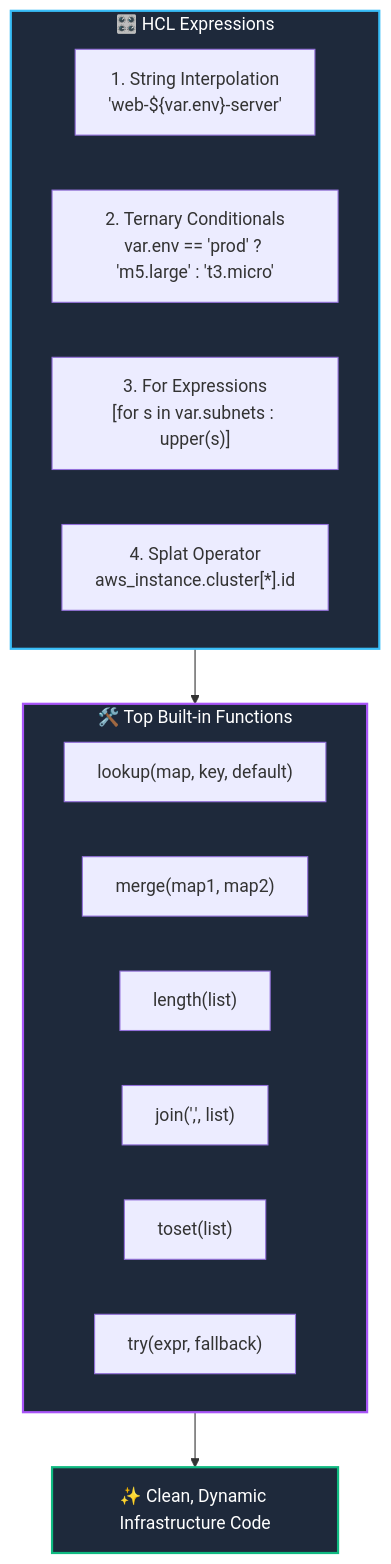
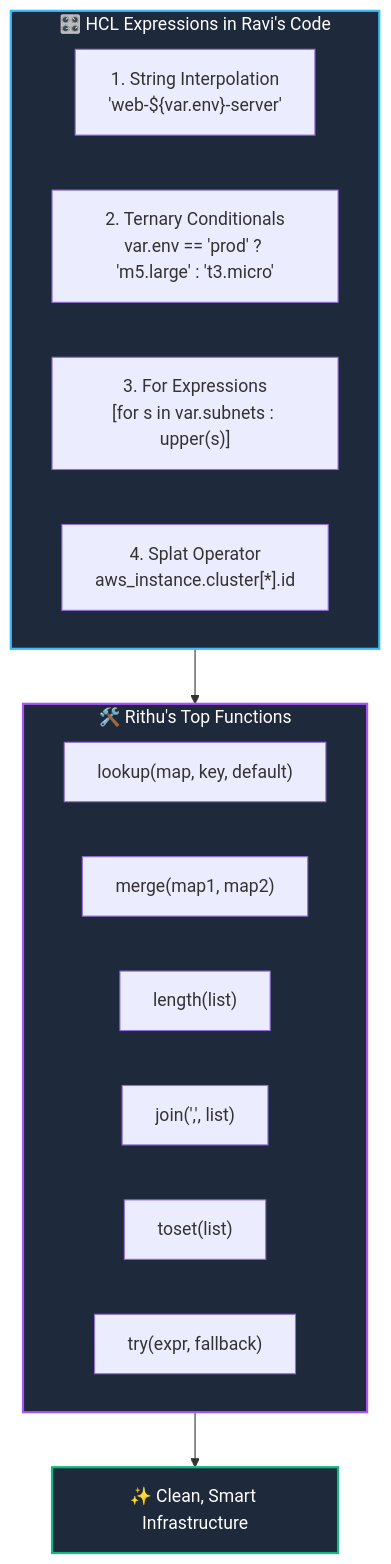
The diagram in 10-expressions-and-functions/README.md (agravi987/Learning-Terraform-For-DevOps), drawn with Mermaid before and after one commit. The commit also changed other lines of this file and 18 other files, not shown here.

Commit message:
docs: enrich curriculum with Mentor Rithu and Student Ravi interactive learning experience

````diff
--- a/10-expressions-and-functions/README.md
+++ b/10-expressions-and-functions/README.md
@@ -23,25 +27,25 @@
 ```mermaid
 flowchart TD
-    subgraph Expressions ["🎛️ HCL Expressions"]
+    subgraph Expressions ["🎛️ HCL Expressions in Ravi's Code"]
         INTERP["1. String Interpolation\n'web-${var.env}-server'"]
         TERNARY["2. Ternary Conditionals\nvar.env == 'prod' ? 'm5.large' : 't3.micro'"]
         FOR_EXPR["3. For Expressions\n[for s in var.subnets : upper(s)]"]
         SPLAT["4. Splat Operator\naws_instance.cluster[*].id"]
     end
 
-    subgraph Functions ["🛠️ Top Built-in Functions"]
+    subgraph Functions ["🛠️ Rithu's Top Functions"]
         F1["lookup(map, key, default)"]
         F2["merge(map1, map2)"]
         F3["length(list)"]
         F4["join(',', list)"]
         F5["toset(list)"]
         F6["try(expr, fallback)"]
     end
 
     Expressions --> Functions
-    Functions --> OUTPUT["✨ Clean, Dynamic Infrastructure Code"]
+    Functions --> OUTPUT["✨ Clean, Smart Infrastructure"]
 
     style Expressions fill:#1e293b,stroke:#38bdf8,stroke-width:2px,color:#fff
     style Functions fill:#1e293b,stroke:#a855f7,stroke-width:2px,color:#fff
     style OUTPUT fill:#1e293b,stroke:#10b981,stroke-width:2px,color:#fff
 ```
````
